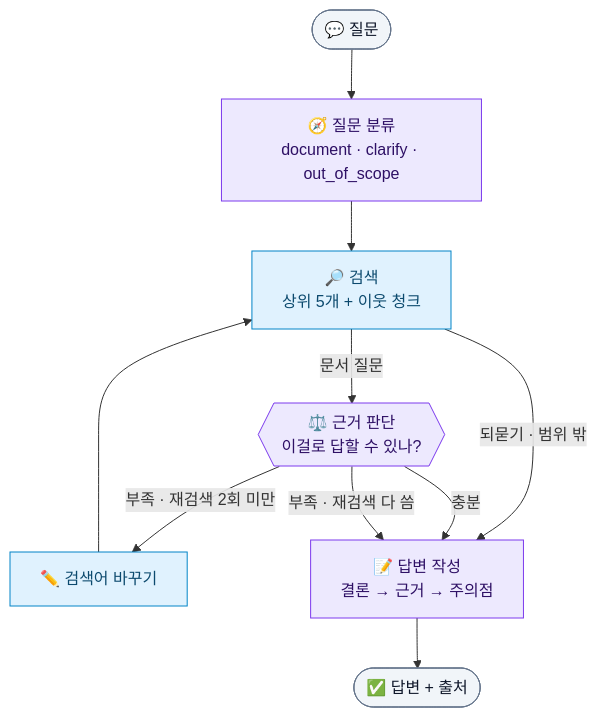
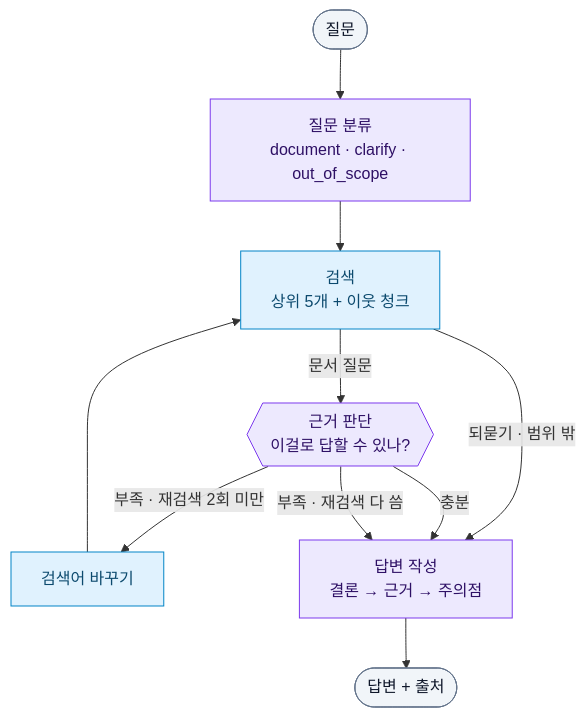
The second of 2 diagrams in README.md (Xnarin/financial-rag-agent), drawn with Mermaid before and after one commit. The commit also changed other lines of this file and 8 other files, not shown here.

````diff
--- a/README.md
+++ b/README.md
@@ -53,23 +66,23 @@
 ```mermaid
 flowchart TD
-    Q(["💬 질문"]):::io
-    C["🧭 질문 분류<br/>document · clarify · out_of_scope"]:::llm
-    R["🔎 검색<br/>상위 5개 + 이웃 청크"]:::tool
-    G{{"⚖️ 근거 판단<br/>이걸로 답할 수 있나?"}}:::llm
-    W["✏️ 검색어 바꾸기"]:::tool
-    A["📝 답변 작성<br/>결론 → 근거 → 주의점"]:::llm
-    E(["✅ 답변 + 출처"]):::io
+    Q(["질문"]):::io
+    C["질문 분류<br/>document · clarify · out_of_scope"]:::llm
+    R["검색<br/>상위 5개 + 이웃 청크"]:::tool
+    G{{"근거 판단<br/>이걸로 답할 수 있나?"}}:::llm
+    W["검색어 바꾸기"]:::tool
+    A["답변 작성<br/>결론 → 근거 → 주의점"]:::llm
+    E(["답변 + 출처"]):::io
 
     Q --> C --> R
     R -->|문서 질문| G
     R -->|되묻기 · 범위 밖| A
     G -->|충분| A
     G -->|부족 · 재검색 2회 미만| W
     W --> R
     G -->|부족 · 재검색 다 씀| A
     A --> E
 
     classDef io fill:#f1f5f9,stroke:#64748b,color:#0f172a
     classDef llm fill:#ede9fe,stroke:#7c3aed,color:#2e1065
     classDef tool fill:#e0f2fe,stroke:#0284c7,color:#0c4a6e
 ```
````
